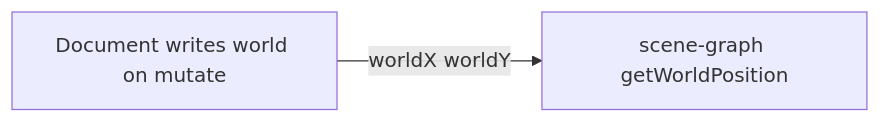
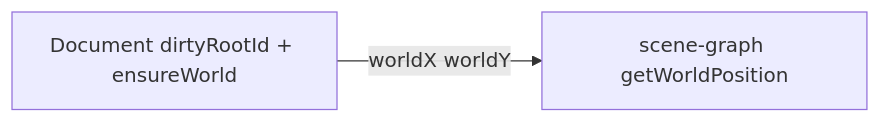
The diagram in docs/scene-graph.md (0xFrann/interactive-canvas-engine), drawn with Mermaid before and after one commit. The commit also changed other lines of this file and 36 other files, not shown here.

````diff
--- a/docs/scene-graph.md
+++ b/docs/scene-graph.md
@@ -17,6 +17,6 @@
 ```mermaid
 flowchart LR
-  Doc[Document writes world on mutate]
+  Doc[Document dirtyRootId + ensureWorld]
   SG[scene-graph getWorldPosition]
   Doc -->|worldX worldY| SG
 ```
````
